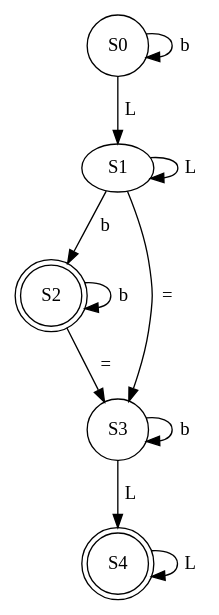
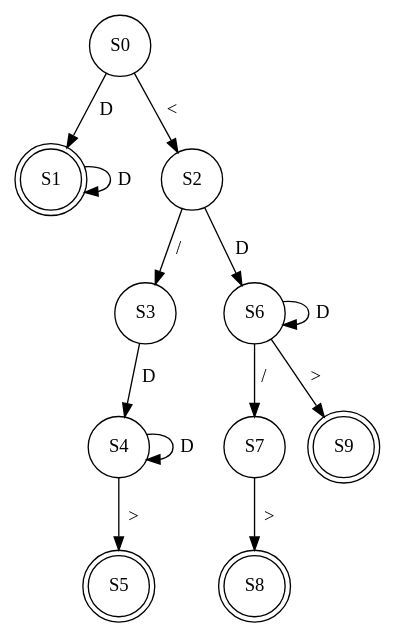
Before and after one commit to damianpeaf/LFP_Proyecto1_202110568-: the diagram in dfa-graphs/DFA.gv, drawn with Graphviz. The commit also changed 23 other files, not shown here.

```diff
--- a/dfa-graphs/DFA.gv
+++ b/dfa-graphs/DFA.gv
@@ -1,17 +1,25 @@
 // DFA :)
 digraph DFA {
 	S0 [label=S0 shape=circle]
-	S2 [label=S2 shape=doublecircle]
+	S1 [label=S1 shape=doublecircle]
+	S2 [label=S2 shape=circle]
 	S3 [label=S3 shape=circle]
-	S4 [label=S4 shape=doublecircle]
-	S0 -> S0 [label=" b "]
-	S0 -> S1 [label=" L "]
-	S1 -> S1 [label=" L "]
-	S1 -> S2 [label=" b "]
-	S2 -> S2 [label=" b "]
-	S1 -> S3 [label=" = "]
-	S2 -> S3 [label=" = "]
-	S3 -> S3 [label=" b "]
-	S3 -> S4 [label=" L "]
-	S4 -> S4 [label=" L "]
+	S4 [label=S4 shape=circle]
+	S5 [label=S5 shape=doublecircle]
+	S6 [label=S6 shape=circle]
+	S7 [label=S7 shape=circle]
+	S8 [label=S8 shape=doublecircle]
+	S9 [label=S9 shape=doublecircle]
+	S0 -> S1 [label=" D "]
+	S1 -> S1 [label=" D "]
+	S0 -> S2 [label=" < "]
+	S2 -> S3 [label=" / "]
+	S3 -> S4 [label=" D "]
+	S4 -> S4 [label=" D "]
+	S4 -> S5 [label=" > "]
+	S2 -> S6 [label=" D "]
+	S6 -> S6 [label=" D "]
+	S6 -> S7 [label=" / "]
+	S7 -> S8 [label=" > "]
+	S6 -> S9 [label=" > "]
 }
```
